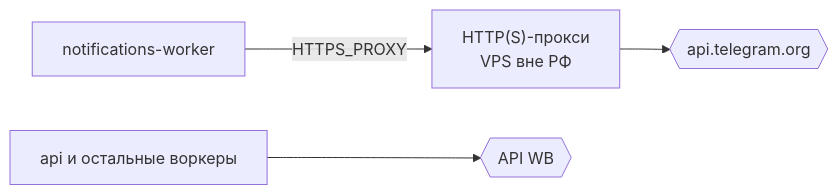
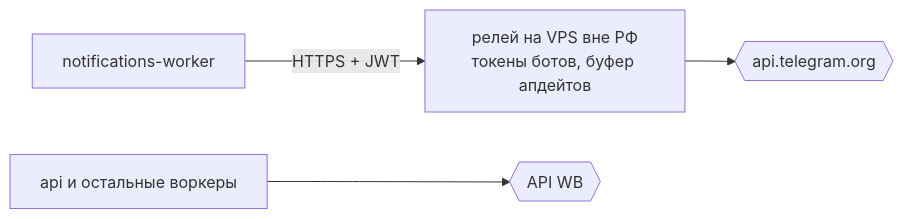
Before and after one commit to krionefishy/karbi: the second of 2 diagrams in docs/architecture/NETWORK_AND_EGRESS.md, drawn with Mermaid. The commit also changed other lines of this file and 35 other files, not shown here.

````diff
--- a/docs/architecture/NETWORK_AND_EGRESS.md
+++ b/docs/architecture/NETWORK_AND_EGRESS.md
@@ -44,11 +44,11 @@
 ```mermaid
 flowchart LR
     worker["notifications-worker"]
-    proxy["HTTP(S)-прокси<br/>VPS вне РФ"]
+    relay["релей на VPS вне РФ<br/>токены ботов, буфер апдейтов"]
     tg{{"api.telegram.org"}}
     others["api и остальные воркеры"]
     wb{{"API WB"}}
 
-    worker -->|"HTTPS_PROXY"| proxy --> tg
+    worker -->|"HTTPS + JWT"| relay --> tg
     others --> wb
 ```
````
